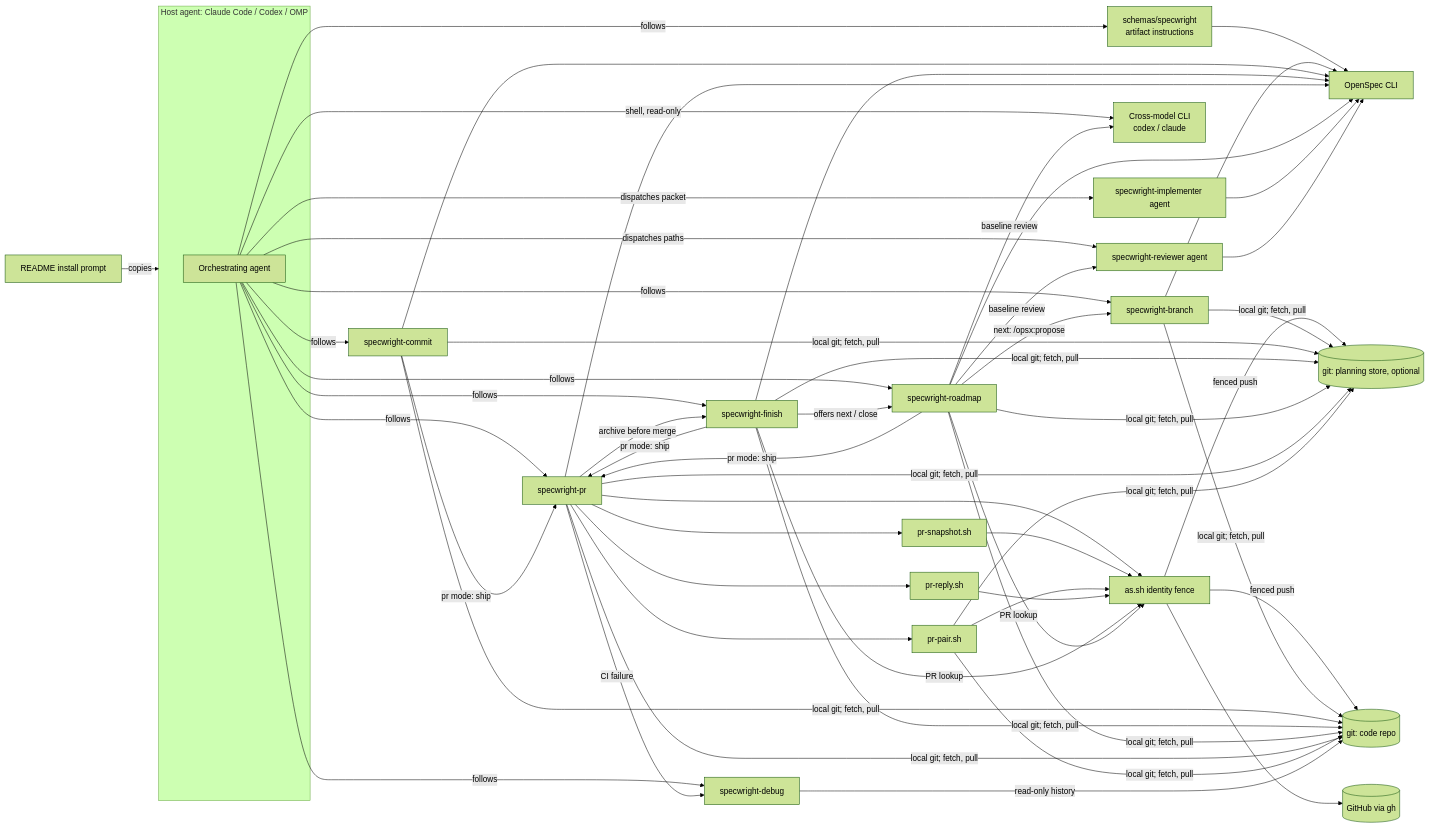
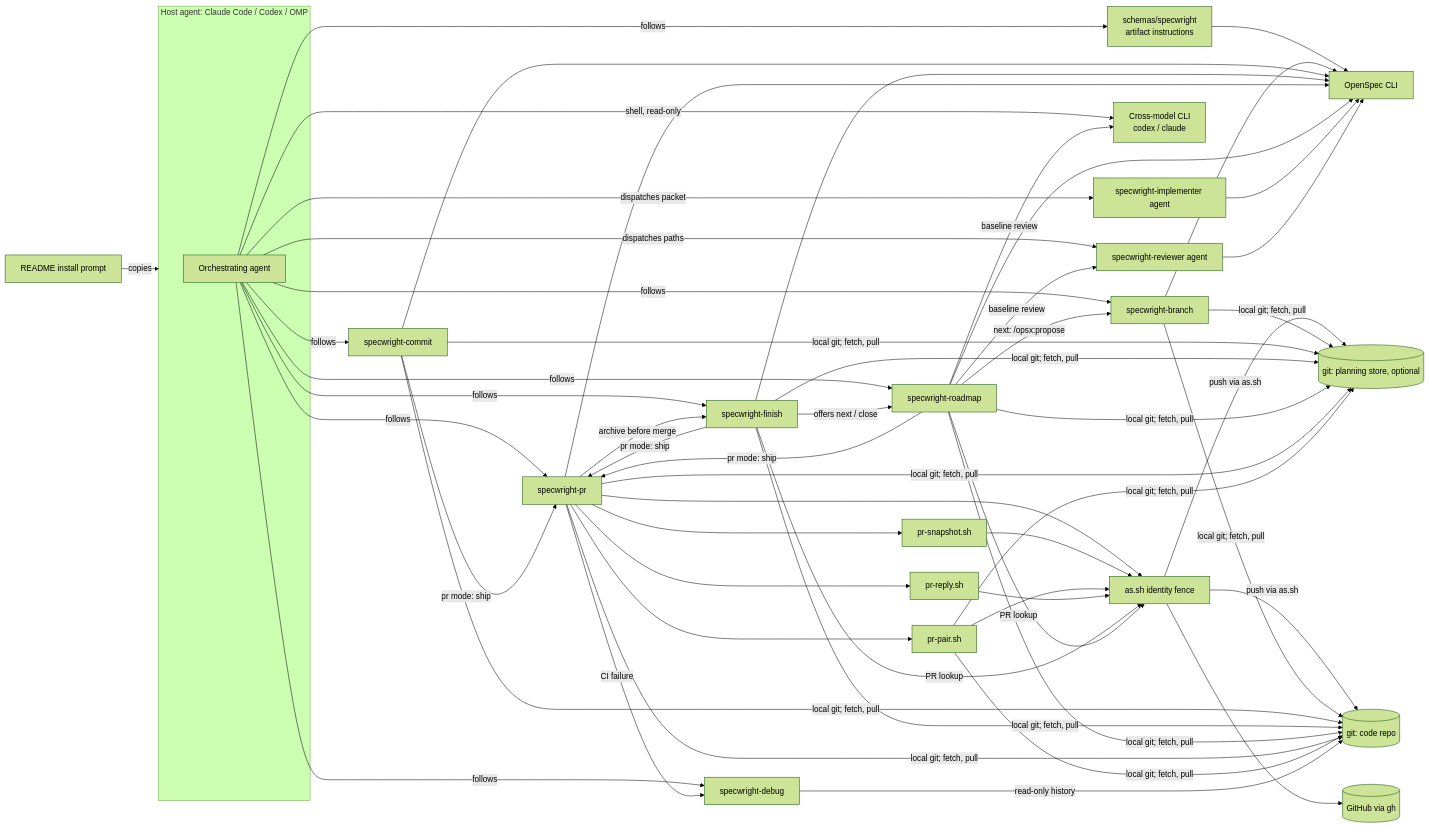
The diagram in openspec/architecture.md (sh1ny/Specwright), drawn with Mermaid (forest theme) before and after one commit. The commit also changed other lines of this file and 3 other files, not shown here.

````diff
--- a/openspec/architecture.md
+++ b/openspec/architecture.md
@@ -16,34 +16,34 @@
 ```mermaid
 flowchart LR
   subgraph Host["Host agent: Claude Code / Codex / OMP"]
     O[Orchestrating agent]
   end
   O -->|follows| SCH[schemas/specwright<br/>artifact instructions]
   O -->|follows| BR[specwright-branch]
   O -->|follows| CM[specwright-commit]
   O -->|follows| FI[specwright-finish]
   O -->|follows| PRS[specwright-pr]
   O -->|follows| RM[specwright-roadmap]
   O -->|follows| DBG[specwright-debug]
   O -->|dispatches packet| IMP[specwright-implementer agent]
   O -->|dispatches paths| REV[specwright-reviewer agent]
   O -->|shell, read-only| XM[Cross-model CLI<br/>codex / claude]
   CM & FI & RM -->|pr mode: ship| PRS
   PRS -->|archive before merge| FI
   PRS -->|CI failure| DBG
   RM -->|baseline review| XM & REV
   PRS --> SNAP[pr-snapshot.sh]
   PRS --> PAIR[pr-pair.sh]
   PRS --> REPLY[pr-reply.sh]
   PRS & SNAP & PAIR & REPLY --> AS[as.sh identity fence]
   FI & RM -->|PR lookup| AS
   AS --> GH[(GitHub via gh)]
-  AS -->|fenced push| GIT & STORE
+  AS -->|push via as.sh| GIT & STORE
   BR & CM & FI & RM & PRS & PAIR -->|local git; fetch, pull| GIT[(git: code repo)]
   BR & CM & FI & RM & PRS & PAIR -->|local git; fetch, pull| STORE[(git: planning store, optional)]
   DBG -->|read-only history| GIT
   SCH & BR & CM & FI & PRS & RM & IMP & REV --> OS[OpenSpec CLI]
   FI -->|offers next / close| RM
   RM -->|next: /opsx:propose| BR
   INST[README install prompt] -->|copies| Host
 ```
````
